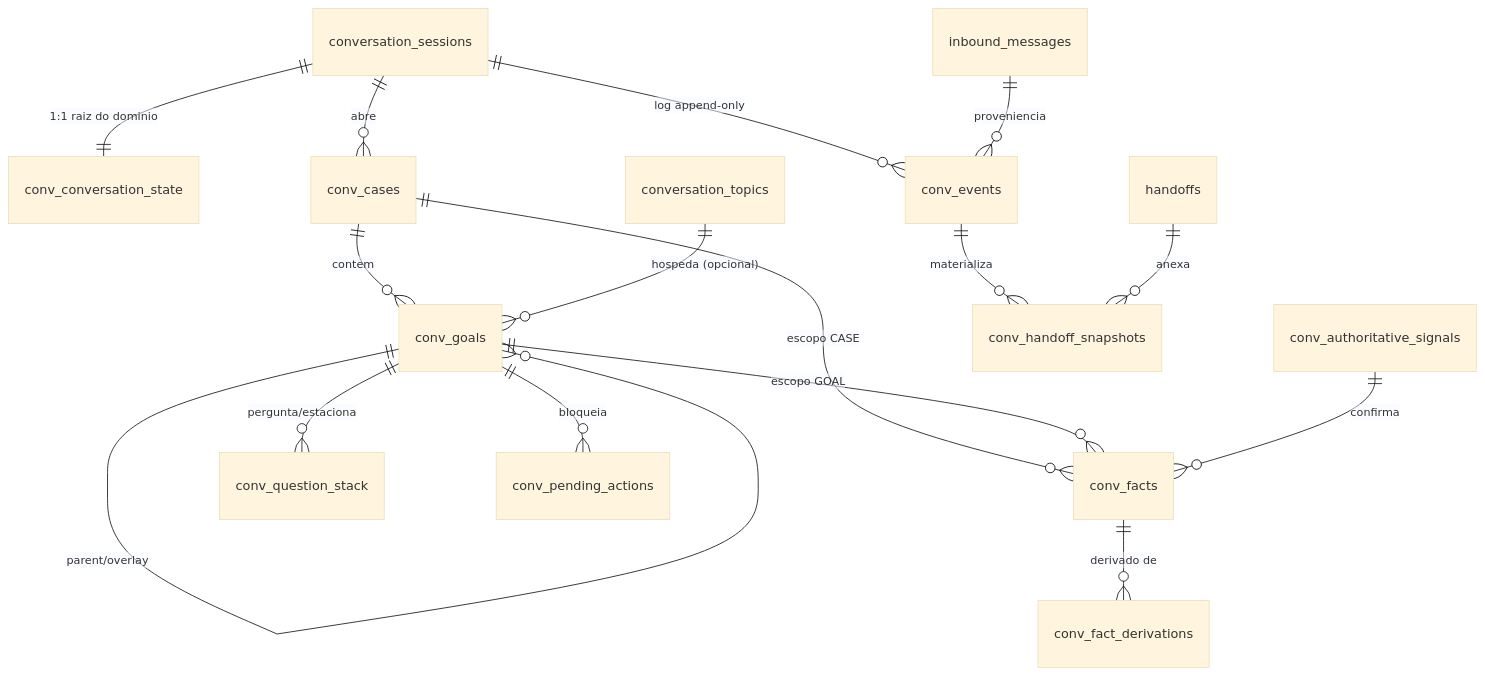
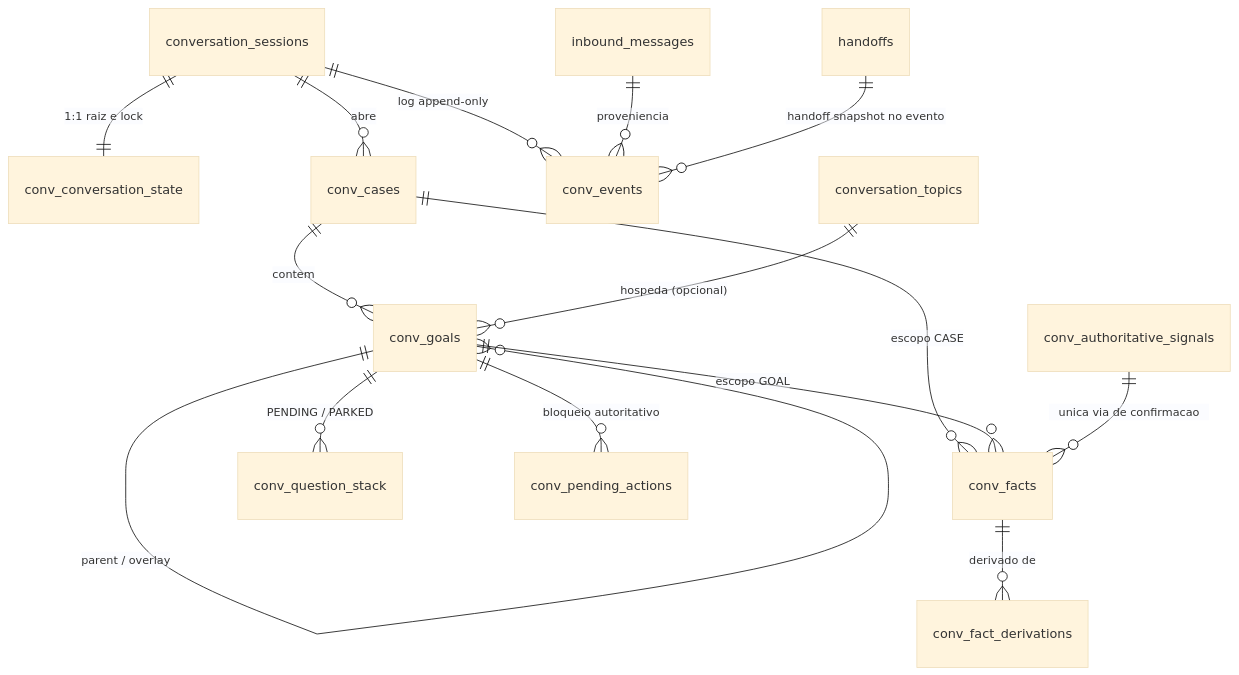
One commit to toomcruz/cemiterio-santana-5b3-test changed the diagram in santana-conversation-domain/persistence-design-review.md. Above: the diagram before and after it, drawn with Mermaid (base theme). The commit also changed other lines of this file, not shown here.

````diff
--- a/santana-conversation-domain/persistence-design-review.md
+++ b/santana-conversation-domain/persistence-design-review.md
@@ -58,18 +62,17 @@
 ```mermaid
 erDiagram
-  conversation_sessions ||--|| conv_conversation_state : "1:1 raiz do dominio"
+  conversation_sessions ||--|| conv_conversation_state : "1:1 raiz e lock"
   conversation_sessions ||--o{ conv_cases : "abre"
   conv_cases ||--o{ conv_goals : "contem"
-  conv_goals ||--o{ conv_goals : "parent/overlay"
+  conv_goals ||--o{ conv_goals : "parent / overlay"
   conv_cases ||--o{ conv_facts : "escopo CASE"
   conv_goals ||--o{ conv_facts : "escopo GOAL"
   conv_facts ||--o{ conv_fact_derivations : "derivado de"
-  conv_goals ||--o{ conv_question_stack : "pergunta/estaciona"
-  conv_goals ||--o{ conv_pending_actions : "bloqueia"
-  conv_authoritative_signals ||--o{ conv_facts : "confirma"
+  conv_goals ||--o{ conv_question_stack : "PENDING / PARKED"
+  conv_goals ||--o{ conv_pending_actions : "bloqueio autoritativo"
+  conv_authoritative_signals ||--o{ conv_facts : "unica via de confirmacao"
   conversation_sessions ||--o{ conv_events : "log append-only"
   inbound_messages ||--o{ conv_events : "proveniencia"
-  conv_events ||--o{ conv_handoff_snapshots : "materializa"
-  handoffs ||--o{ conv_handoff_snapshots : "anexa"
+  handoffs ||--o{ conv_events : "handoff snapshot no evento"
   conversation_topics ||--o{ conv_goals : "hospeda (opcional)"
 ```
````
